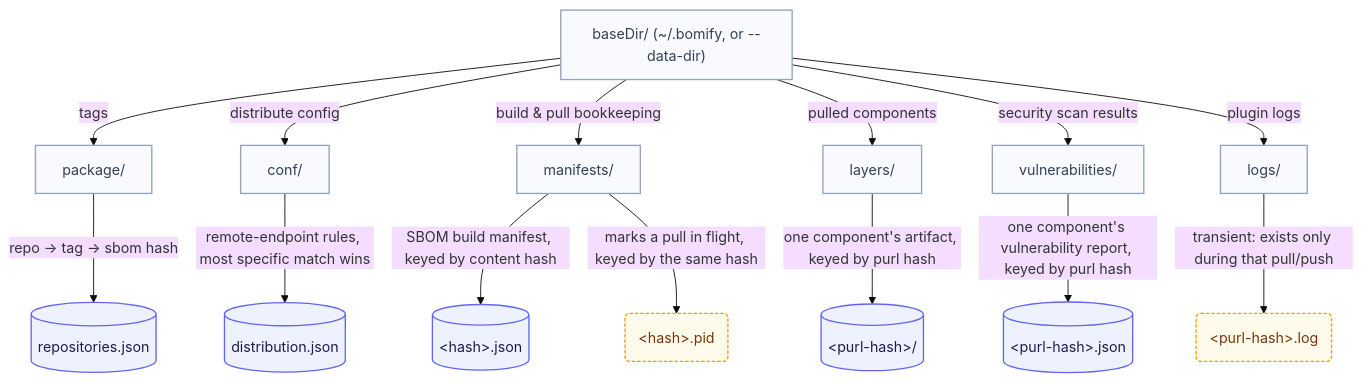
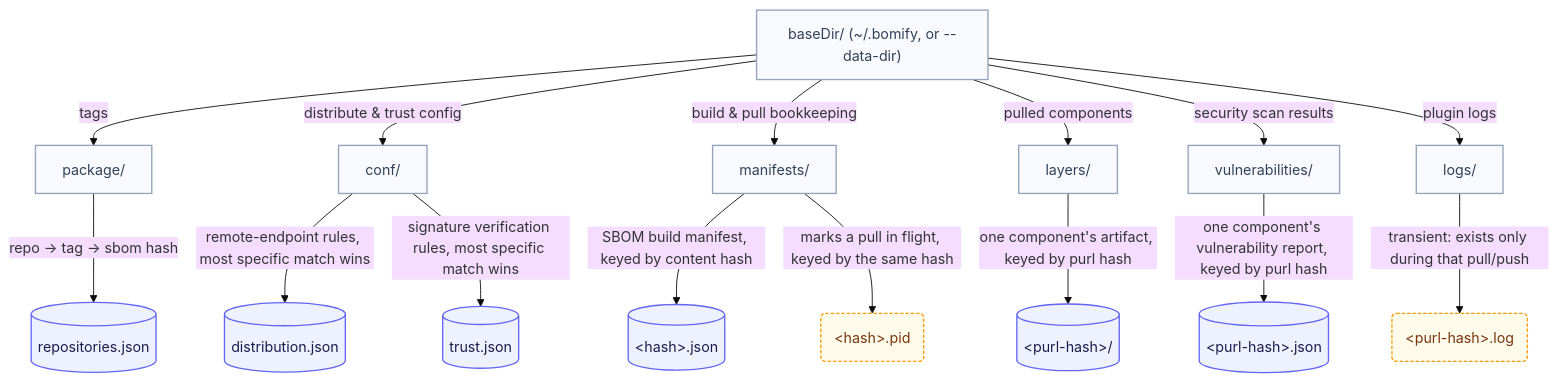
One commit to alejandro-velasco/bomify changed the diagram in docs/diagrams/data-directory.mmd. Above: the diagram before and after it, drawn with Mermaid (base theme). The commit also changed 73 other files, not shown here.

```diff
--- a/docs/diagrams/data-directory.mmd
+++ b/docs/diagrams/data-directory.mmd
@@ -1,29 +1,30 @@
 flowchart TD
     classDef dir fill:#F8FAFF,stroke:#94A3B8,stroke-width:1.5px,color:#334155
     classDef store fill:#EEF2FF,stroke:#6366F1,stroke-width:1.5px,color:#1e1b4b
     classDef transient fill:#FFFBEB,stroke:#F59E0B,stroke-width:1.5px,stroke-dasharray:4 2,color:#78350f
 
     Root["baseDir/ (~/.bomify, or --data-dir)"]
 
     Root -->|"tags"| Package["package/"]
     Package -->|"repo -&gt; tag -&gt; sbom hash"| Repos[("repositories.json")]
 
-    Root -->|"distribute config"| Conf["conf/"]
+    Root -->|"distribute & trust config"| Conf["conf/"]
     Conf -->|"remote-endpoint rules, most specific match wins"| DistConfig[("distribution.json")]
+    Conf -->|"signature verification rules, most specific match wins"| TrustConfig[("trust.json")]
 
     Root -->|"build & pull bookkeeping"| Manifests["manifests/"]
     Manifests -->|"SBOM build manifest, keyed by content hash"| ManifestFile[("&lt;hash&gt;.json")]
     Manifests -->|"marks a pull in flight, keyed by the same hash"| PidFile("&lt;hash&gt;.pid")
 
     Root -->|"pulled components"| Layers["layers/"]
     Layers -->|"one component's artifact, keyed by purl hash"| LayerDir[("&lt;purl-hash&gt;/")]
 
     Root -->|"security scan results"| Vulns["vulnerabilities/"]
     Vulns -->|"one component's vulnerability report, keyed by purl hash"| ReportFile[("&lt;purl-hash&gt;.json")]
 
     Root -->|"plugin logs"| Logs["logs/"]
     Logs -->|"transient: exists only during that pull/push"| LogFile("&lt;purl-hash&gt;.log")
 
     class Root,Package,Conf,Manifests,Layers,Vulns,Logs dir
-    class Repos,DistConfig,ManifestFile,LayerDir,ReportFile store
+    class Repos,DistConfig,TrustConfig,ManifestFile,LayerDir,ReportFile store
     class PidFile,LogFile transient
```
